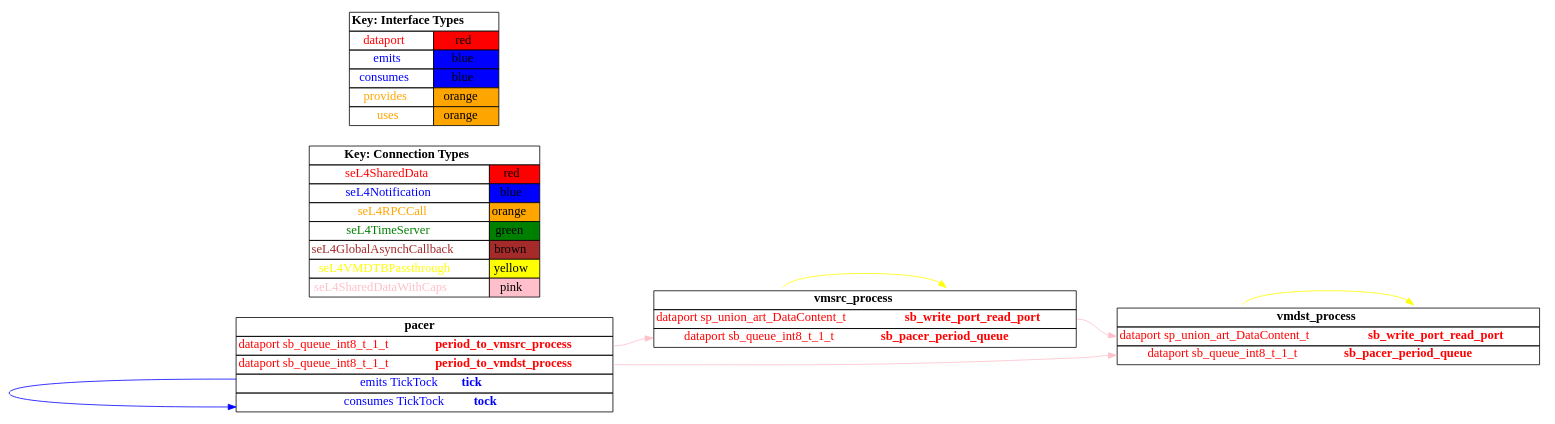
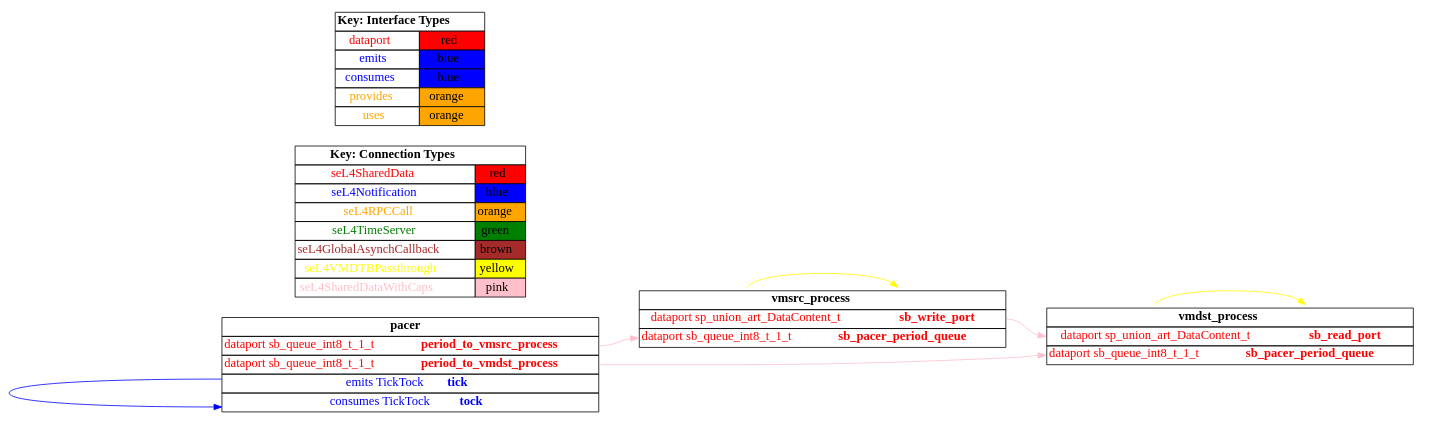
One commit to loonwerks/CASE changed the diagram in TA5/tool-evaluation-4/HAMR/examples/test_data_port_periodic_domains_VM/both_vm/CAmkES_seL4/src/c/CAmkES_seL4/graph.dot. Above: the diagram before and after it, drawn with Graphviz. The commit also changed 101 other files, not shown here.

```diff
--- a/TA5/tool-evaluation-4/HAMR/examples/test_data_port_periodic_domains_VM/both_vm/CAmkES_seL4/src/c/CAmkES_seL4/graph.dot
+++ b/TA5/tool-evaluation-4/HAMR/examples/test_data_port_periodic_domains_VM/both_vm/CAmkES_seL4/src/c/CAmkES_seL4/graph.dot
@@ -1,114 +1,114 @@
 digraph g {
 graph [
   overlap = false,
   rankdir = "LR"
 ];
 node [
   fontsize = "16",
   shape = "ellipse"
 ];
 edge [
 ];
 
 vmsrc_process [
   label=<
     <TABLE BORDER="0" CELLBORDER="1" CELLSPACING="0">
       <TR><TD><B>vmsrc_process</B></TD></TR>
-      <TR><TD PORT="sb_write_port_read_port"><FONT COLOR="red">dataport sp_union_art_DataContent_t <B>sb_write_port_read_port</B></FONT></TD></TR>
+      <TR><TD PORT="sb_write_port"><FONT COLOR="red">dataport sp_union_art_DataContent_t <B>sb_write_port</B></FONT></TD></TR>
       <TR><TD PORT="sb_pacer_period_queue"><FONT COLOR="red">dataport sb_queue_int8_t_1_t <B>sb_pacer_period_queue</B></FONT></TD></TR>"
     </TABLE>
   >
   shape=plaintext
 ];
 
 vmdst_process [
   label=<
     <TABLE BORDER="0" CELLBORDER="1" CELLSPACING="0">
       <TR><TD><B>vmdst_process</B></TD></TR>
-      <TR><TD PORT="sb_write_port_read_port"><FONT COLOR="red">dataport sp_union_art_DataContent_t <B>sb_write_port_read_port</B></FONT></TD></TR>
+      <TR><TD PORT="sb_read_port"><FONT COLOR="red">dataport sp_union_art_DataContent_t <B>sb_read_port</B></FONT></TD></TR>
       <TR><TD PORT="sb_pacer_period_queue"><FONT COLOR="red">dataport sb_queue_int8_t_1_t <B>sb_pacer_period_queue</B></FONT></TD></TR>"
     </TABLE>
   >
   shape=plaintext
 ];
 
 pacer [
   label=<
     <TABLE BORDER="0" CELLBORDER="1" CELLSPACING="0">
       <TR><TD><B>pacer</B></TD></TR>
       <TR><TD PORT="period_to_vmsrc_process"><FONT COLOR="red">dataport sb_queue_int8_t_1_t <B>period_to_vmsrc_process</B></FONT></TD></TR>
       <TR><TD PORT="period_to_vmdst_process"><FONT COLOR="red">dataport sb_queue_int8_t_1_t <B>period_to_vmdst_process</B></FONT></TD></TR>
       <TR><TD PORT="tick"><FONT COLOR="blue">emits TickTock <B>tick</B></FONT></TD></TR>
       <TR><TD PORT="tock"><FONT COLOR="blue">consumes TickTock <B>tock</B></FONT></TD></TR>"
     </TABLE>
   >
   shape=plaintext
 ];
 
 connectiontypekey [
   label=<
    <TABLE BORDER="0" CELLBORDER="1" CELLSPACING="0">
      <TR><TD COLSPAN="2"><B>Key: Connection Types</B></TD></TR>
      <TR><TD><FONT COLOR="red">seL4SharedData</FONT></TD><TD BGCOLOR="red">red</TD></TR>
      <TR><TD><FONT COLOR="blue">seL4Notification</FONT></TD><TD BGCOLOR="blue">blue</TD></TR>
      <TR><TD><FONT COLOR="orange">seL4RPCCall</FONT></TD><TD BGCOLOR="orange">orange</TD></TR>
      <TR><TD><FONT COLOR="green">seL4TimeServer</FONT></TD><TD BGCOLOR="green">green</TD></TR>
      <TR><TD><FONT COLOR="brown">seL4GlobalAsynchCallback</FONT></TD><TD BGCOLOR="brown">brown</TD></TR>
      <TR><TD><FONT COLOR="yellow">seL4VMDTBPassthrough</FONT></TD><TD BGCOLOR="yellow">yellow</TD></TR>
      <TR><TD><FONT COLOR="pink">seL4SharedDataWithCaps</FONT></TD><TD BGCOLOR="pink">pink</TD></TR>
    </TABLE>
   >
   shape=plaintext
 ];
 
 interfacetypekey [
   label=<
    <TABLE BORDER="0" CELLBORDER="1" CELLSPACING="0">
      <TR><TD COLSPAN="2"><B>Key: Interface Types</B></TD></TR>
      <TR><TD><FONT COLOR="red">dataport</FONT></TD><TD BGCOLOR="red">red</TD></TR>
      <TR><TD><FONT COLOR="blue">emits</FONT></TD><TD BGCOLOR="blue">blue</TD></TR>
      <TR><TD><FONT COLOR="blue">consumes</FONT></TD><TD BGCOLOR="blue">blue</TD></TR>
      <TR><TD><FONT COLOR="orange">provides</FONT></TD><TD BGCOLOR="orange">orange</TD></TR>
      <TR><TD><FONT COLOR="orange">uses</FONT></TD><TD BGCOLOR="orange">orange</TD></TR>
    </TABLE>
   >
   shape=plaintext
 ];
 
 "vmsrc_process":dtb_self -> "vmsrc_process":dtb [
   color="yellow"
   //label = "seL4VMDTBPassthrough"
   id = conn1
 ];
 
 "vmdst_process":dtb_self -> "vmdst_process":dtb [
   color="yellow"
   //label = "seL4VMDTBPassthrough"
   id = conn2
 ];
 
-"vmsrc_process":sb_write_port_read_port -> "vmdst_process":sb_write_port_read_port [
+"vmsrc_process":sb_write_port -> "vmdst_process":sb_read_port [
   color="pink"
   //label = "seL4SharedDataWithCaps"
   id = conn3
 ];
 
 "pacer":tick -> "pacer":tock [
   color="blue"
   //label = "seL4Notification"
   id = conn4
 ];
 
 "pacer":period_to_vmsrc_process -> "vmsrc_process":sb_pacer_period_queue [
   color="pink"
   //label = "seL4SharedDataWithCaps"
   id = conn5
 ];
 
 "pacer":period_to_vmdst_process -> "vmdst_process":sb_pacer_period_queue [
   color="pink"
   //label = "seL4SharedDataWithCaps"
   id = conn6
 ];
 
 }
```
